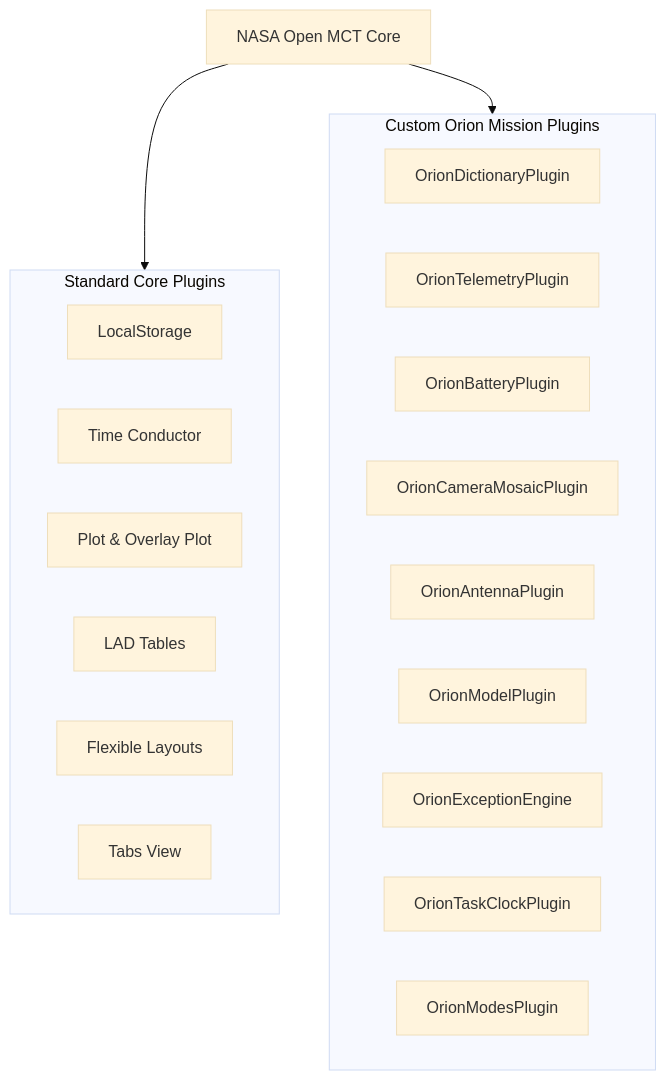
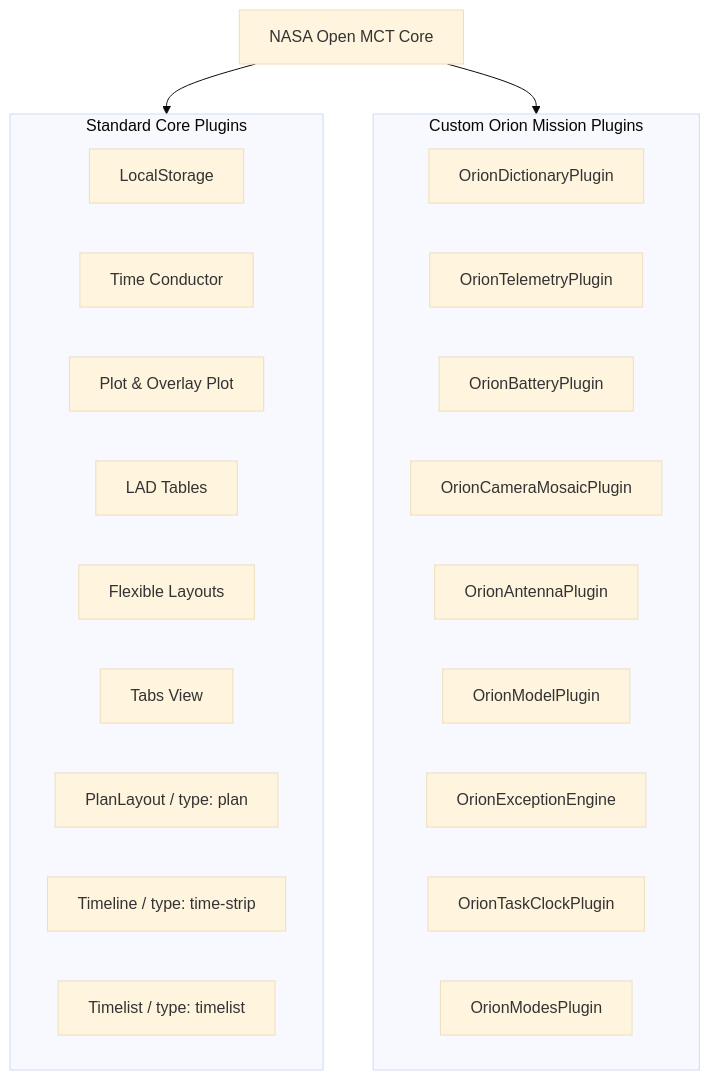
The diagram in docs/ARCHITECTURE.md (knmicrochip/OrionVI_GroundStation), drawn with Mermaid (base theme) before and after one commit. The commit also changed other lines of this file and 12 other files, not shown here.

Commit message:
feat(timelines): migrate to native Open MCT Timelines, Time Strips, and Plans

````diff
--- a/docs/ARCHITECTURE.md
+++ b/docs/ARCHITECTURE.md
@@ -95,28 +95,31 @@
 ```mermaid
 graph TD
     OMCT[NASA Open MCT Core]
     
     subgraph CorePlugins [Standard Core Plugins]
         P_Storage[LocalStorage]
         P_Conductor[Time Conductor]
         P_Plot[Plot & Overlay Plot]
         P_LAD[LAD Tables]
         P_Flex[Flexible Layouts]
         P_Tabs[Tabs View]
+        P_Plan[PlanLayout / type: plan]
+        P_Timeline[Timeline / type: time-strip]
+        P_Timelist[Timelist / type: timelist]
     end
 
     subgraph OrionPlugins [Custom Orion Mission Plugins]
         O_Dict[OrionDictionaryPlugin]
         O_Telem[OrionTelemetryPlugin]
         O_Batt[OrionBatteryPlugin]
         O_Cam[OrionCameraMosaicPlugin]
         O_Ant[OrionAntennaPlugin]
         O_3D[OrionModelPlugin]
         O_Exc[OrionExceptionEngine]
         O_Clock[OrionTaskClockPlugin]
         O_Modes[OrionModesPlugin]
     end
 
     OMCT --> CorePlugins
     OMCT --> OrionPlugins
 ```
````
